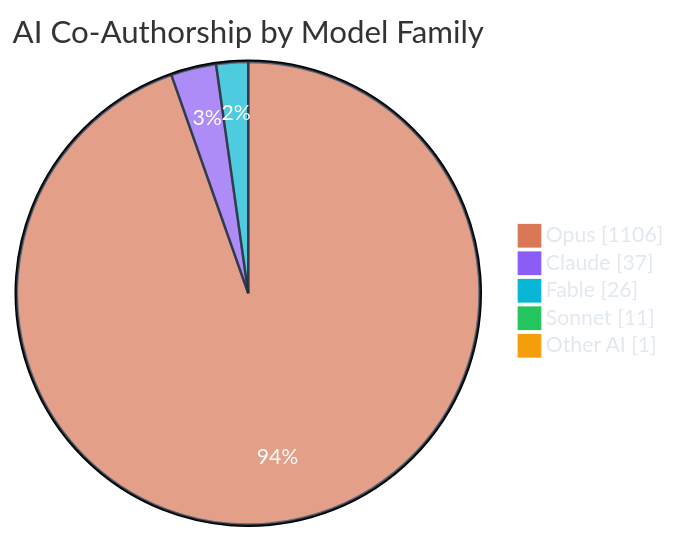
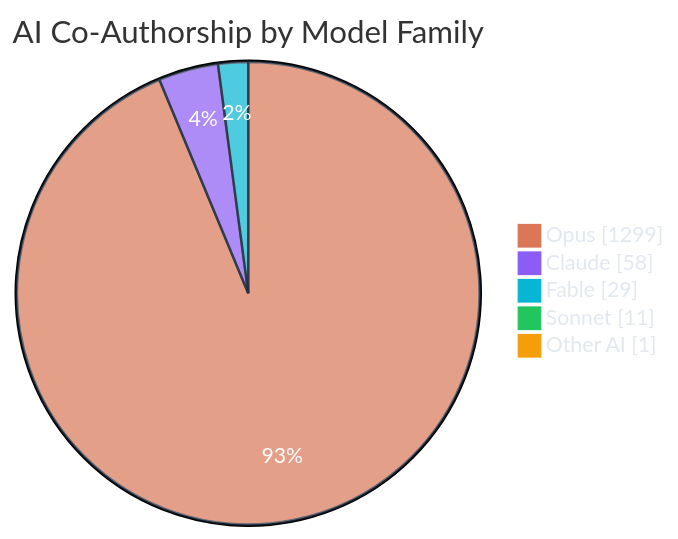
Before and after one commit to polo-nyan/polo-nyan: the third of 7 diagrams in README.md, drawn with Mermaid. The commit also changed other lines of this file and 1 other file, not shown here.

````diff
--- a/README.md
+++ b/README.md
@@ -279,10 +279,10 @@
 ```mermaid
 %%{init: {"theme": "base", "themeVariables": { "pie1": "#d97757", "pie2": "#8b5cf6", "pie3": "#06b6d4", "pie4": "#22c55e", "pie5": "#f59e0b", "pie6": "#ec4899", "pieTextColor": "#ffffff", "pieLegendTextColor": "#e2e8f0", "pieSectionTextColor": "#ffffff", "pieStrokeColor": "#1e293b" }}}%%
 pie showData
     title AI Co-Authorship by Model Family
-    "Opus" : 1106
-    "Claude" : 37
-    "Fable" : 26
+    "Opus" : 1299
+    "Claude" : 58
+    "Fable" : 29
     "Sonnet" : 11
     "Other AI" : 1
 ```
````
